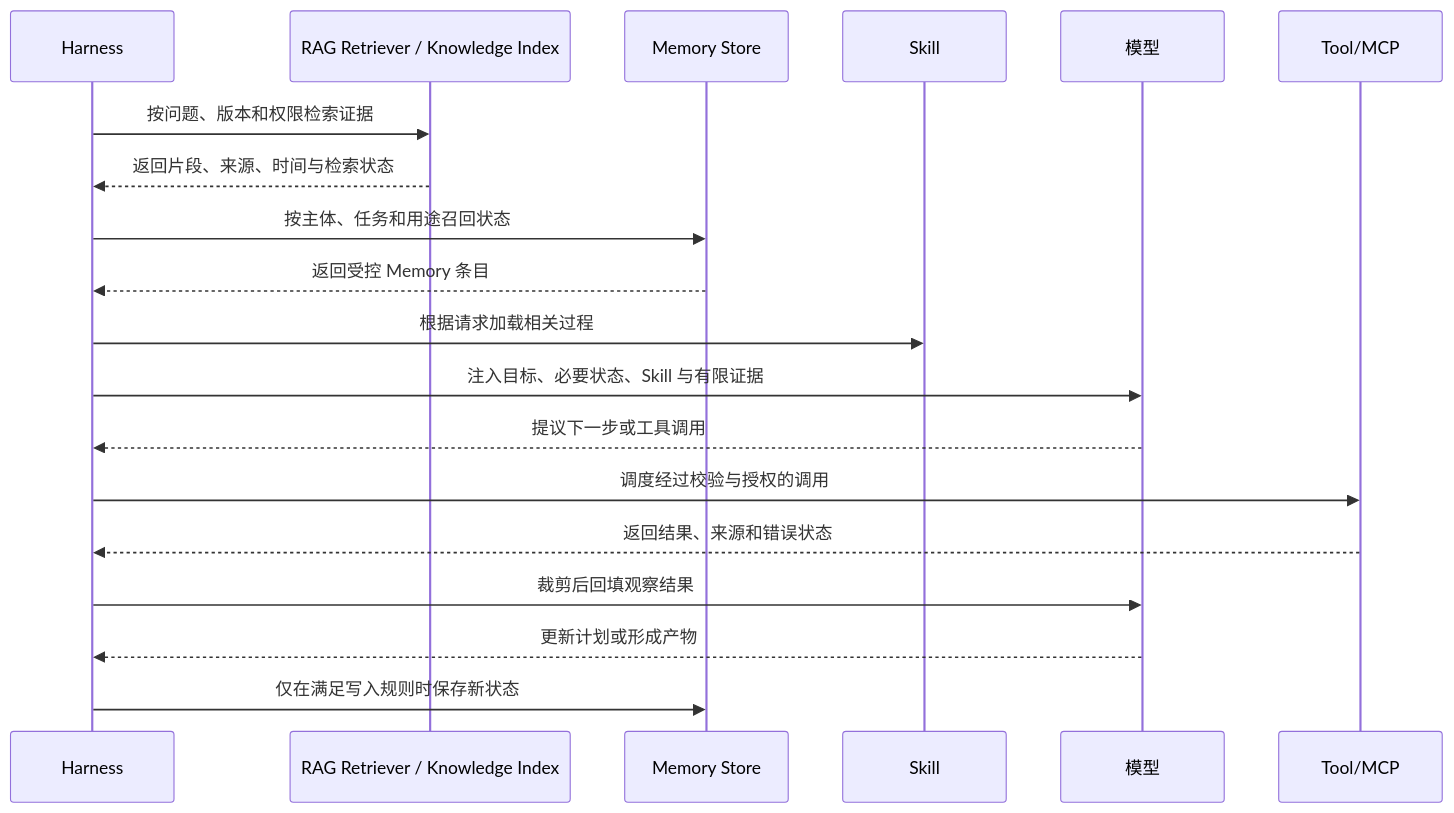
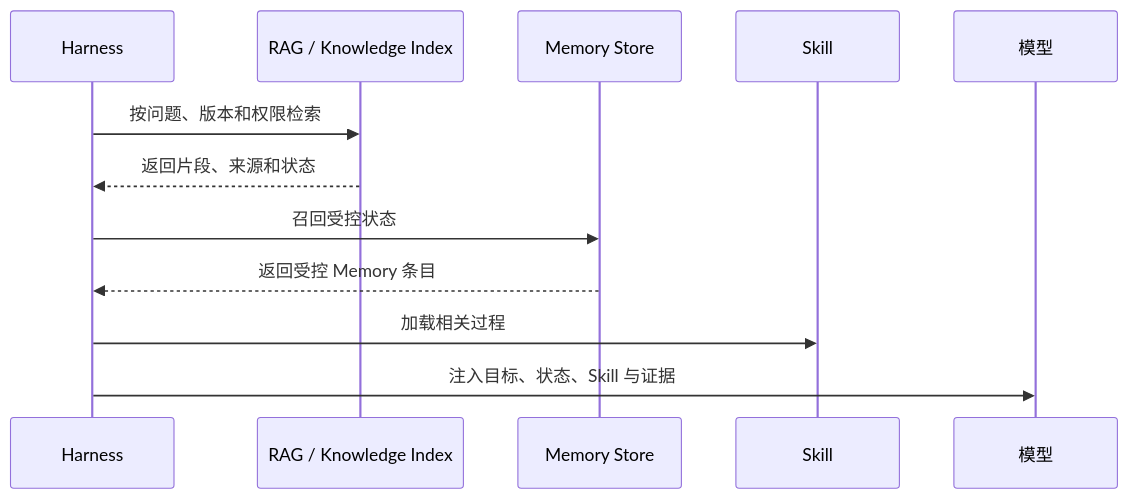
One commit to FoLaJJ/agent-systems-notes changed the seventh of 8 diagrams in docs/06-context-rag-memory.md. Above: the diagram before and after it, drawn with Mermaid. The commit also changed other lines of this file and 11 other files, not shown here.

Commit message:
Improve Mermaid diagram readability

````diff
--- a/docs/06-context-rag-memory.md
+++ b/docs/06-context-rag-memory.md
@@ -324,21 +324,14 @@
 ```mermaid
 sequenceDiagram
     participant H as Harness
-    participant R as RAG Retriever / Knowledge Index
+    participant R as RAG / Knowledge Index
     participant M as Memory Store
     participant S as Skill
     participant L as 模型
-    participant T as Tool/MCP
-    H->>R: 按问题、版本和权限检索证据
-    R-->>H: 返回片段、来源、时间与检索状态
-    H->>M: 按主体、任务和用途召回状态
+    H->>R: 按问题、版本和权限检索
+    R-->>H: 返回片段、来源和状态
+    H->>M: 召回受控状态
     M-->>H: 返回受控 Memory 条目
-    H->>S: 根据请求加载相关过程
-    H->>L: 注入目标、必要状态、Skill 与有限证据
-    L-->>H: 提议下一步或工具调用
-    H->>T: 调度经过校验与授权的调用
-    T-->>H: 返回结果、来源和错误状态
-    H->>L: 裁剪后回填观察结果
-    L-->>H: 更新计划或形成产物
-    H->>M: 仅在满足写入规则时保存新状态
+    H->>S: 加载相关过程
+    H->>L: 注入目标、状态、Skill 与证据
 ```
````
